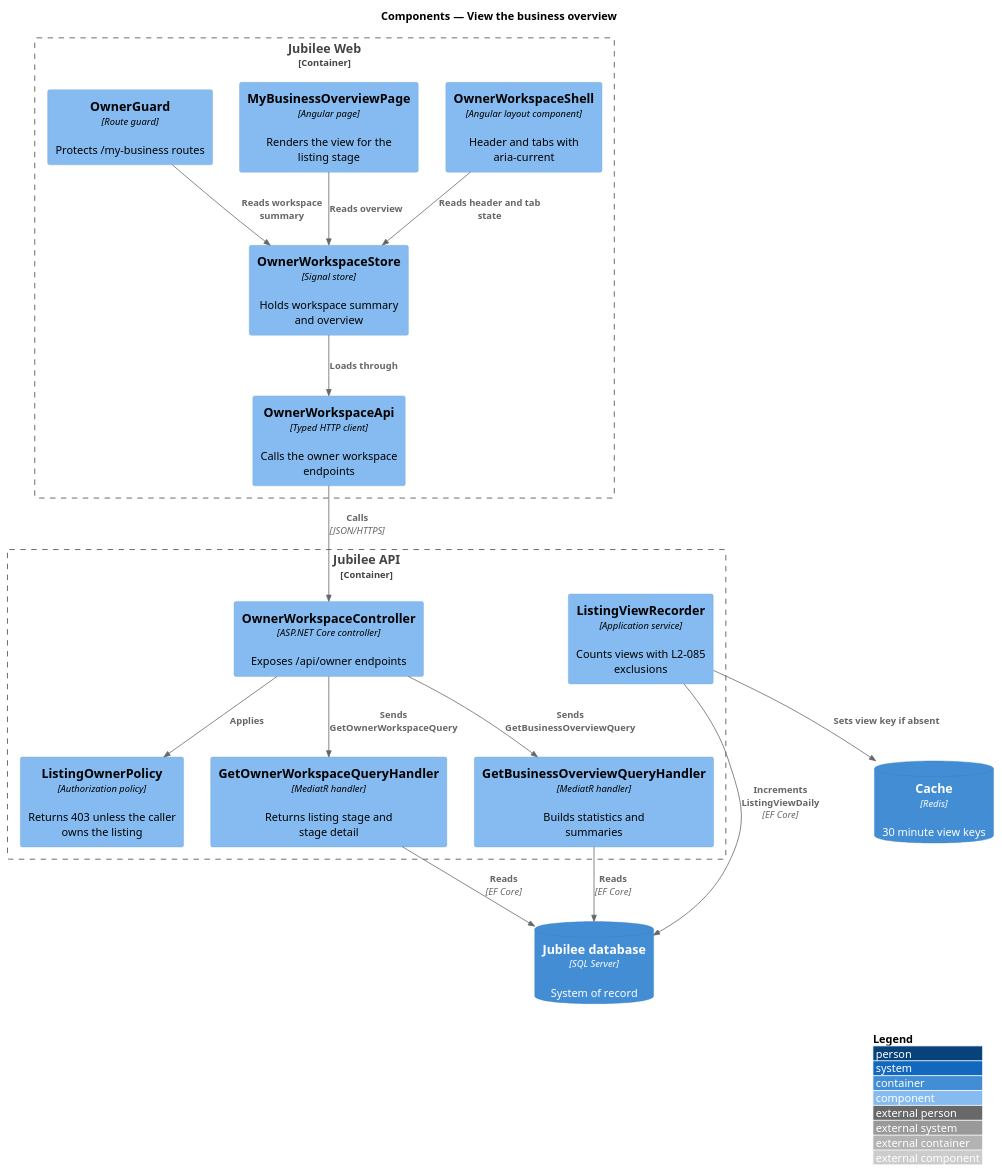
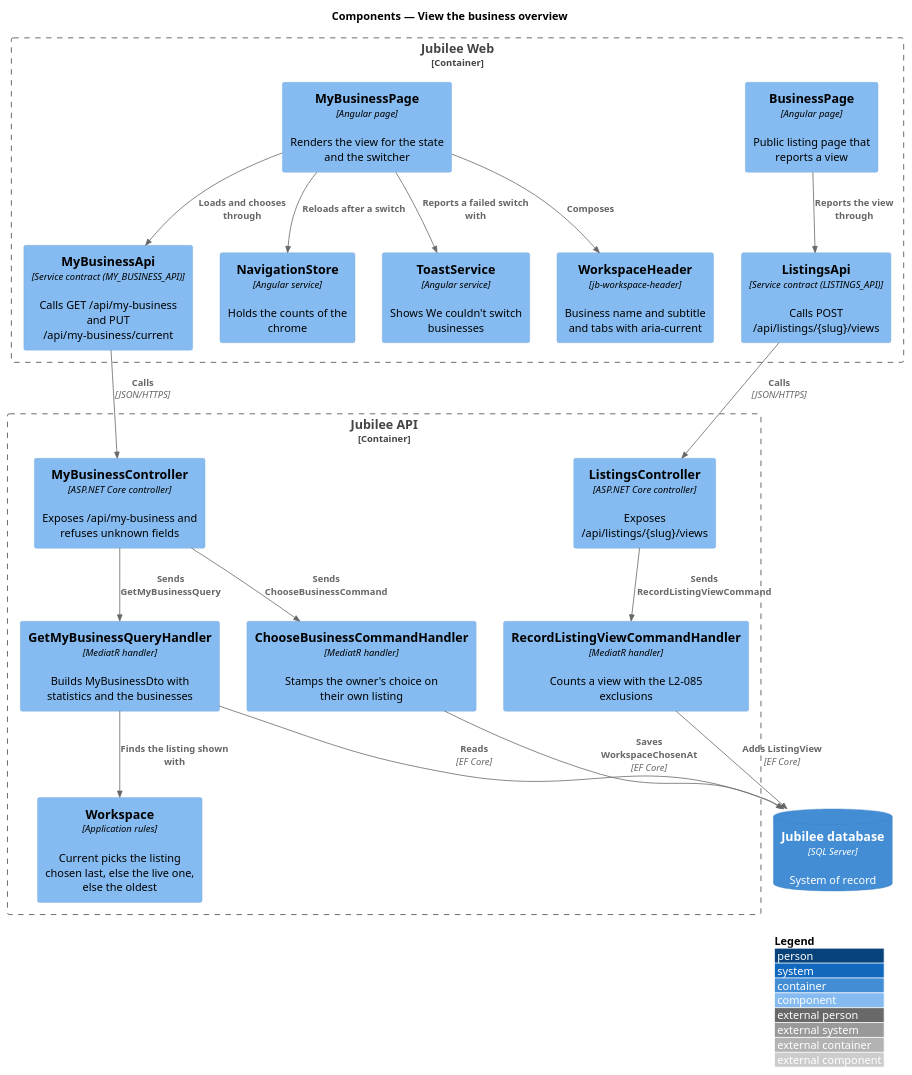
One commit to QuinntyneBrown/jubilee changed the diagram in docs/detailed-designs/owner-workspace/view-business-overview/diagrams/c4-component.puml. Above: the diagram before and after it, drawn with PlantUML. The commit also changed 43 other files, not shown here.

```diff
--- a/docs/detailed-designs/owner-workspace/view-business-overview/diagrams/c4-component.puml
+++ b/docs/detailed-designs/owner-workspace/view-business-overview/diagrams/c4-component.puml
@@ -1,35 +1,39 @@
 @startuml
 !include <C4/C4_Component>
 LAYOUT_WITH_LEGEND()
 title Components — View the business overview
 
 Container_Boundary(web, "Jubilee Web") {
-  Component(shell, "OwnerWorkspaceShell", "Angular layout component", "Header and tabs with aria-current")
-  Component(page, "MyBusinessOverviewPage", "Angular page", "Renders the view for the listing stage")
-  Component(guard, "OwnerGuard", "Route guard", "Protects /my-business routes")
-  Component(store, "OwnerWorkspaceStore", "Signal store", "Holds workspace summary and overview")
-  Component(client, "OwnerWorkspaceApi", "Typed HTTP client", "Calls the owner workspace endpoints")
+  Component(page, "MyBusinessPage", "Angular page", "Renders the view for the state and the switcher")
+  Component(header, "WorkspaceHeader", "jb-workspace-header", "Business name and subtitle and tabs with aria-current")
+  Component(client, "MyBusinessApi", "Service contract (MY_BUSINESS_API)", "Calls GET /api/my-business and PUT /api/my-business/current")
+  Component(nav, "NavigationStore", "Angular service", "Holds the counts of the chrome")
+  Component(toast, "ToastService", "Angular service", "Shows We couldn't switch businesses")
+  Component(public, "BusinessPage", "Angular page", "Public listing page that reports a view")
+  Component(listings, "ListingsApi", "Service contract (LISTINGS_API)", "Calls POST /api/listings/{slug}/views")
 }
 Container_Boundary(api, "Jubilee API") {
-  Component(ctrl, "OwnerWorkspaceController", "ASP.NET Core controller", "Exposes /api/owner endpoints")
-  Component(policy, "ListingOwnerPolicy", "Authorization policy", "Returns 403 unless the caller owns the listing")
-  Component(wsq, "GetOwnerWorkspaceQueryHandler", "MediatR handler", "Returns listing stage and stage detail")
-  Component(ovq, "GetBusinessOverviewQueryHandler", "MediatR handler", "Builds statistics and summaries")
-  Component(rec, "ListingViewRecorder", "Application service", "Counts views with L2-085 exclusions")
+  Component(ctrl, "MyBusinessController", "ASP.NET Core controller", "Exposes /api/my-business and refuses unknown fields")
+  Component(query, "GetMyBusinessQueryHandler", "MediatR handler", "Builds MyBusinessDto with statistics and the businesses")
+  Component(choose, "ChooseBusinessCommandHandler", "MediatR handler", "Stamps the owner's choice on their own listing")
+  Component(rules, "Workspace", "Application rules", "Current picks the listing chosen last, else the live one, else the oldest")
+  Component(lctrl, "ListingsController", "ASP.NET Core controller", "Exposes /api/listings/{slug}/views")
+  Component(rec, "RecordListingViewCommandHandler", "MediatR handler", "Counts a view with the L2-085 exclusions")
 }
 ContainerDb(db, "Jubilee database", "SQL Server", "System of record")
-ContainerDb(cache, "Cache", "Redis", "30 minute view keys")
 
-Rel(guard, store, "Reads workspace summary")
-Rel(shell, store, "Reads header and tab state")
-Rel(page, store, "Reads overview")
-Rel(store, client, "Loads through")
+Rel(page, header, "Composes")
+Rel(page, client, "Loads and chooses through")
+Rel(page, nav, "Reloads after a switch")
+Rel(page, toast, "Reports a failed switch with")
 Rel(client, ctrl, "Calls", "JSON/HTTPS")
-Rel(ctrl, policy, "Applies")
-Rel(ctrl, wsq, "Sends GetOwnerWorkspaceQuery")
-Rel(ctrl, ovq, "Sends GetBusinessOverviewQuery")
-Rel(wsq, db, "Reads", "EF Core")
-Rel(ovq, db, "Reads", "EF Core")
-Rel(rec, cache, "Sets view key if absent")
-Rel(rec, db, "Increments ListingViewDaily", "EF Core")
+Rel(ctrl, query, "Sends GetMyBusinessQuery")
+Rel(ctrl, choose, "Sends ChooseBusinessCommand")
+Rel(query, rules, "Finds the listing shown with")
+Rel(query, db, "Reads", "EF Core")
+Rel(choose, db, "Saves WorkspaceChosenAt", "EF Core")
+Rel(public, listings, "Reports the view through")
+Rel(listings, lctrl, "Calls", "JSON/HTTPS")
+Rel(lctrl, rec, "Sends RecordListingViewCommand")
+Rel(rec, db, "Adds ListingView", "EF Core")
 @enduml
```
